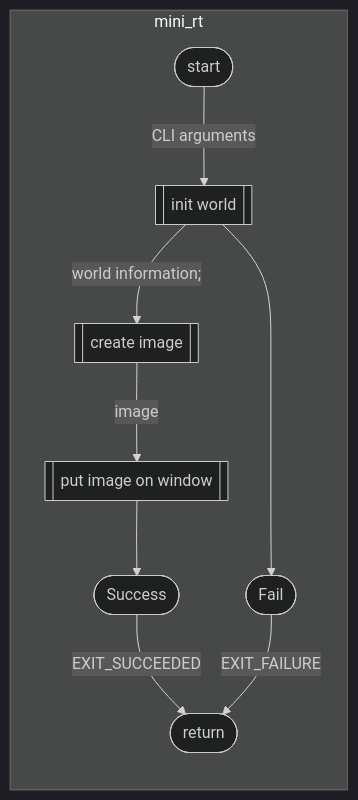
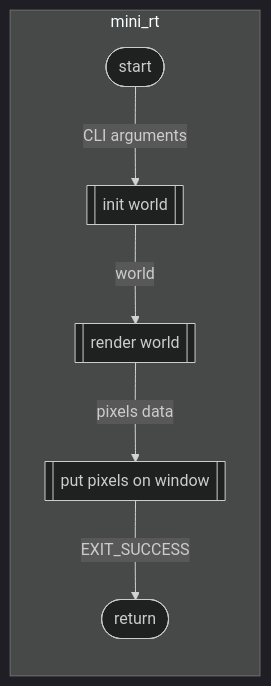
One commit to ikawamuk/weekends_c changed the first of 8 diagrams in docs/SequenceDiagrams.md. Above: the diagram before and after it, drawn with Mermaid (dark theme). The commit also changed other lines of this file and 1 other file, not shown here.

Commit message:
update: update flowchart

````diff
--- a/docs/SequenceDiagrams.md
+++ b/docs/SequenceDiagrams.md
@@ -1,16 +7,12 @@
 ```mermaid
 flowchart
 
 subgraph mini_rt
 		direction TB
-	start([start])-->|CLI arguments|m2[[init world]]
-	m2-->|world information;|m3[[create image]]
-	m3-->|image|m5[[put image on window]]
-	m5-->yes([Success])
-
-	m2-->no([Fail])
-	yes-->|EXIT_SUCCEEDED|r
-	no-->|EXIT_FAILURE|r([return])
+	start([start])-->|CLI arguments|m1[[init world]]
+	m1-->|world|m2[[render world]]
+	m2-->|pixels data|m3[[put pixels on window]]
+	m3-->|EXIT_SUCCESS|r([return])
 end
 
 ```
````
